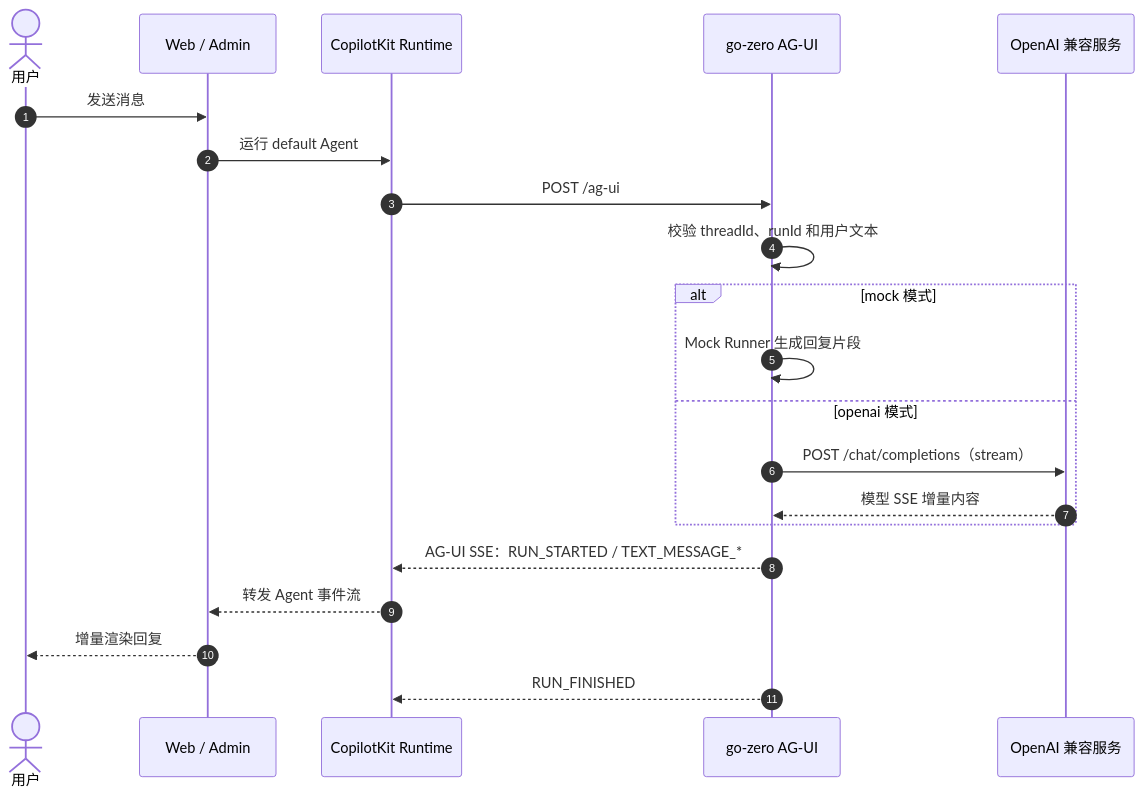
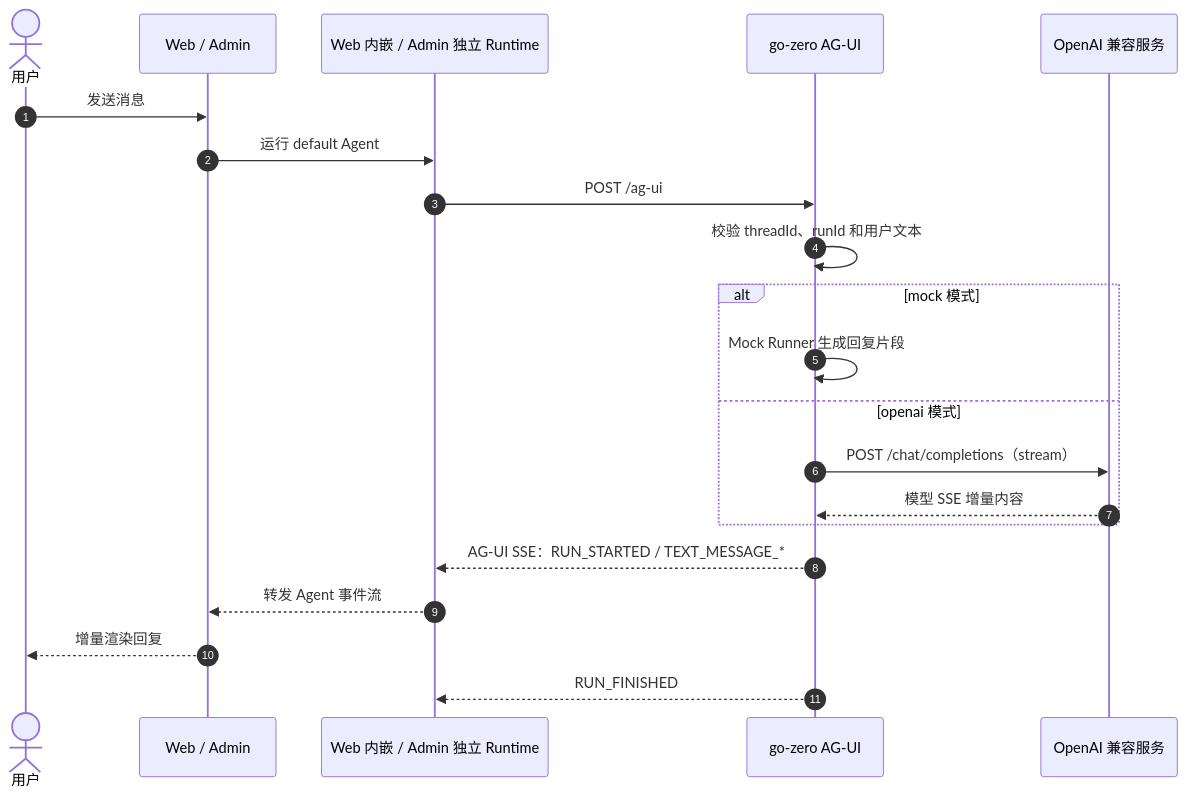
The second of 3 diagrams in docs/architecture.md (feifeigd/nexus-ai), drawn with Mermaid before and after one commit. The commit also changed other lines of this file and 14 other files, not shown here.

Commit message:
feat: add standalone admin copilot runtime

````diff
--- a/docs/architecture.md
+++ b/docs/architecture.md
@@ -49,26 +55,26 @@
 ```mermaid
 sequenceDiagram
     autonumber
     actor User as 用户
     participant UI as Web / Admin
-    participant Runtime as CopilotKit Runtime
+    participant Runtime as Web 内嵌 / Admin 独立 Runtime
     participant API as go-zero AG-UI
     participant Model as OpenAI 兼容服务
 
     User->>UI: 发送消息
     UI->>Runtime: 运行 default Agent
     Runtime->>API: POST /ag-ui
     API->>API: 校验 threadId、runId 和用户文本
 
     alt mock 模式
         API->>API: Mock Runner 生成回复片段
     else openai 模式
         API->>Model: POST /chat/completions（stream）
         Model-->>API: 模型 SSE 增量内容
     end
 
     API-->>Runtime: AG-UI SSE：RUN_STARTED / TEXT_MESSAGE_*
     Runtime-->>UI: 转发 Agent 事件流
     UI-->>User: 增量渲染回复
     API-->>Runtime: RUN_FINISHED
 ```
````
